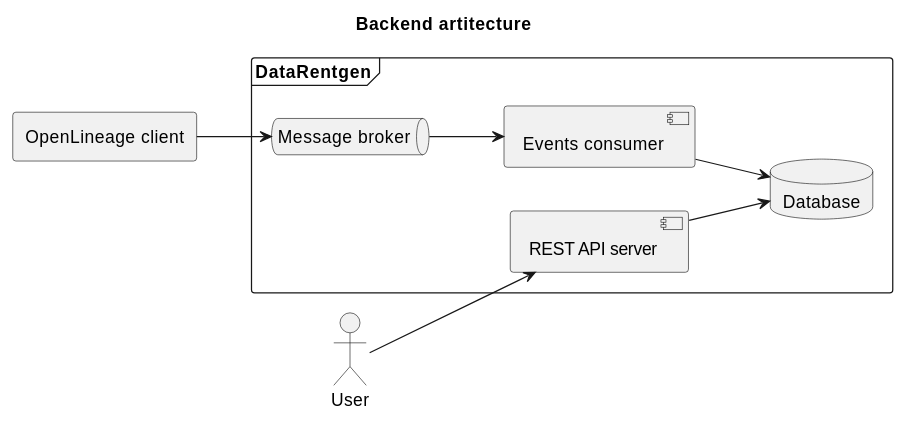
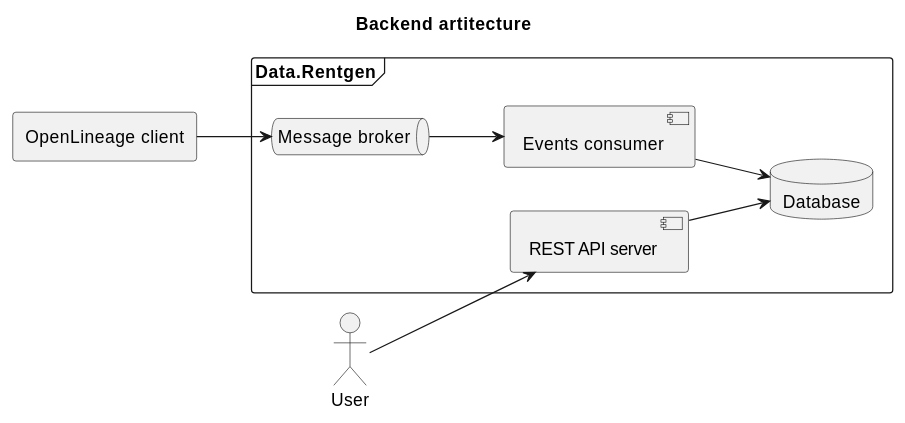
One commit to MobileTeleSystems/data-rentgen changed the diagram in docs/backend/architecture.rst. Above: the diagram before and after it, drawn with PlantUML. The commit also changed 18 other files, not shown here.

Commit message:
Rename DataRentgen to Data.Rentgen

```diff
--- a/docs/backend/architecture.rst
+++ b/docs/backend/architecture.rst
@@ -6,26 +6,26 @@
 .. plantuml::
 
     @startuml
         title Backend artitecture
         skinparam linetype polyline
         left to right direction
 
         agent "OpenLineage client" as CLIENT
         actor "User" as USER
 
-        frame "DataRentgen" {
+        frame "Data.Rentgen" {
             queue "Message broker" as BROKER
             component "Events consumer" as CONSUMER
             database "Database" as DB
             component "REST API server" as SERVER
         }
 
         [CLIENT] --> [BROKER]
 
         [BROKER] --> [CONSUMER]
         [CONSUMER] --> [DB]
 
         [USER] --> [SERVER]
         [SERVER] --> [DB]
 
     @enduml
```
